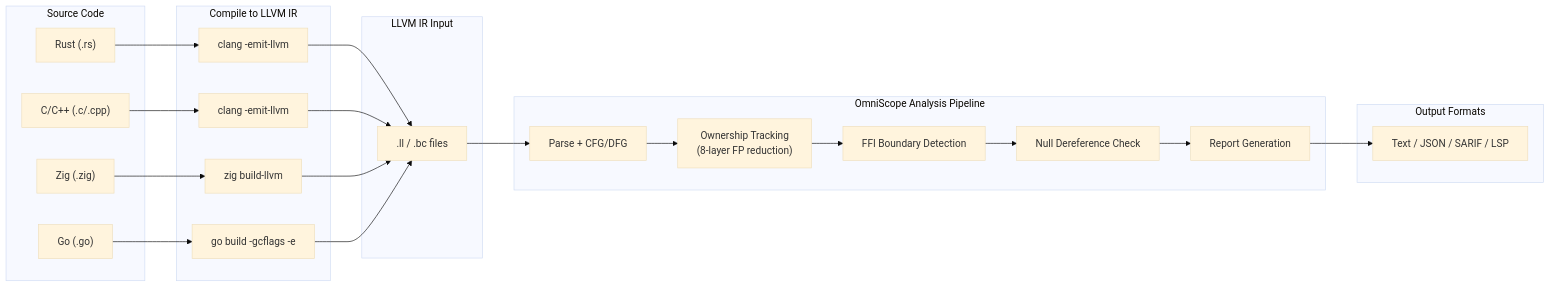
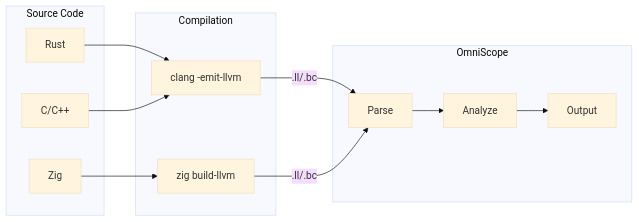
Before and after one commit to Timwood0x10/OmniScope: the second of 4 diagrams in README.md, drawn with Mermaid (base theme). The commit also changed other lines of this file and 39 other files, not shown here.

````diff
--- a/README.md
+++ b/README.md
@@ -95,39 +69,24 @@
 ```mermaid
 flowchart LR
     subgraph Source["Source Code"]
-        Rust["Rust (.rs)"]
-        Cpp["C/C++ (.c/.cpp)"]
-        Zig["Zig (.zig)"]
-        Go["Go (.go)"]
+        Rust[Rust]
+        Cpp[C/C++]
+        Zig[Zig]
     end
 
-    subgraph Compile["Compile to LLVM IR"]
-        LLVMRust["clang -emit-llvm"]
-        LLVMC["clang -emit-llvm"]
-        LLVMZig["zig build-llvm"]
-        LLVMGo["go build -gcflags -e"]
+    subgraph Compile["Compilation"]
+        RC[clang -emit-llvm]
+        ZC[zig build-llvm]
     end
 
-    subgraph IR["LLVM IR Input"]
-        BC[".ll / .bc files"]
+    subgraph Analysis["OmniScope"]
+        Parse[Parse]
+        Analyze[Analyze]
+        Output[Output]
     end
 
-    subgraph OmniScope["OmniScope Analysis Pipeline"]
-        Parse["Parse + CFG/DFG"]
-        Own["Ownership Tracking<br/>(8-layer FP reduction)"]
-        FFI2["FFI Boundary Detection"]
-        Null2["Null Dereference Check"]
-        Report["Report Generation"]
-    end
-
-    subgraph Output2["Output Formats"]
-        CLI2["Text / JSON / SARIF / LSP"]
-    end
-
-    Rust --> LLVMRust
-    Cpp --> LLVMC
-    Zig --> LLVMZig
-    Go --> LLVMGo
-    LLVMRust & LLVMC & LLVMZig & LLVMGo --> BC
-    BC --> Parse --> Own --> FFI2 --> Null2 --> Report --> CLI2
+    Rust --> RC
+    Cpp --> RC
+    Zig --> ZC
+    RC & ZC --> |.ll/.bc| Parse --> Analyze --> Output
 ```
````
